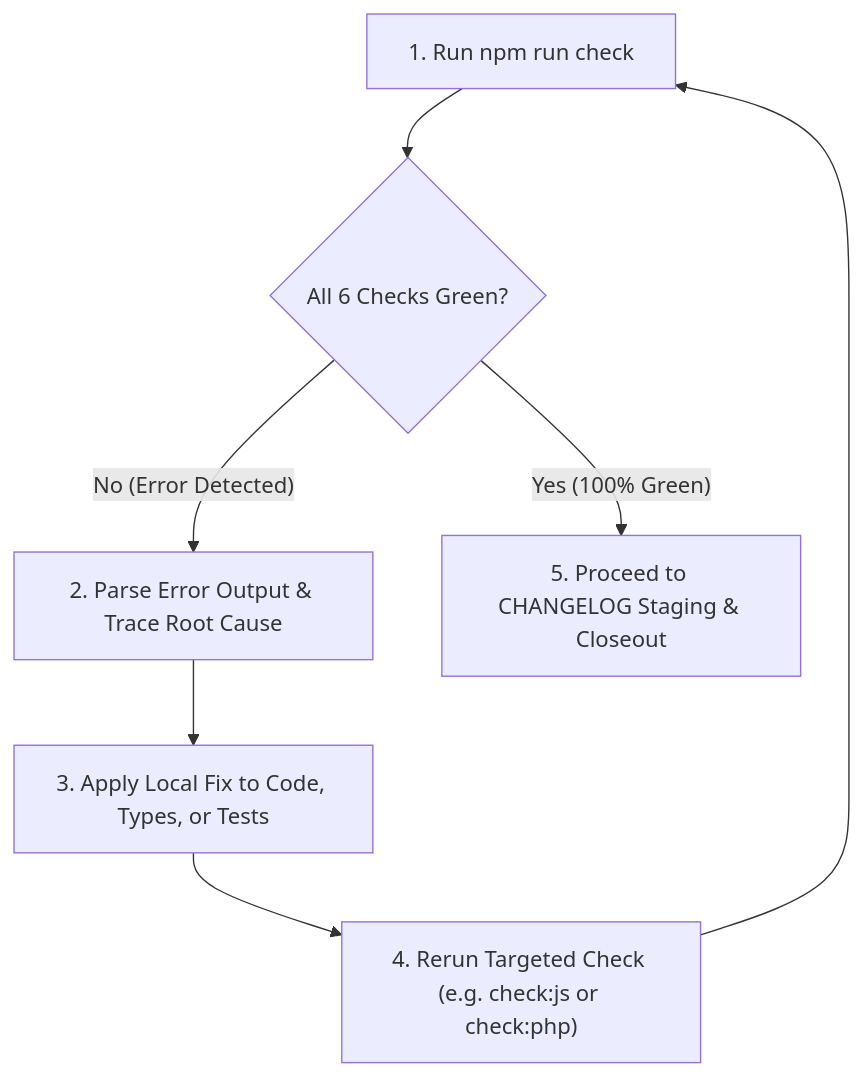
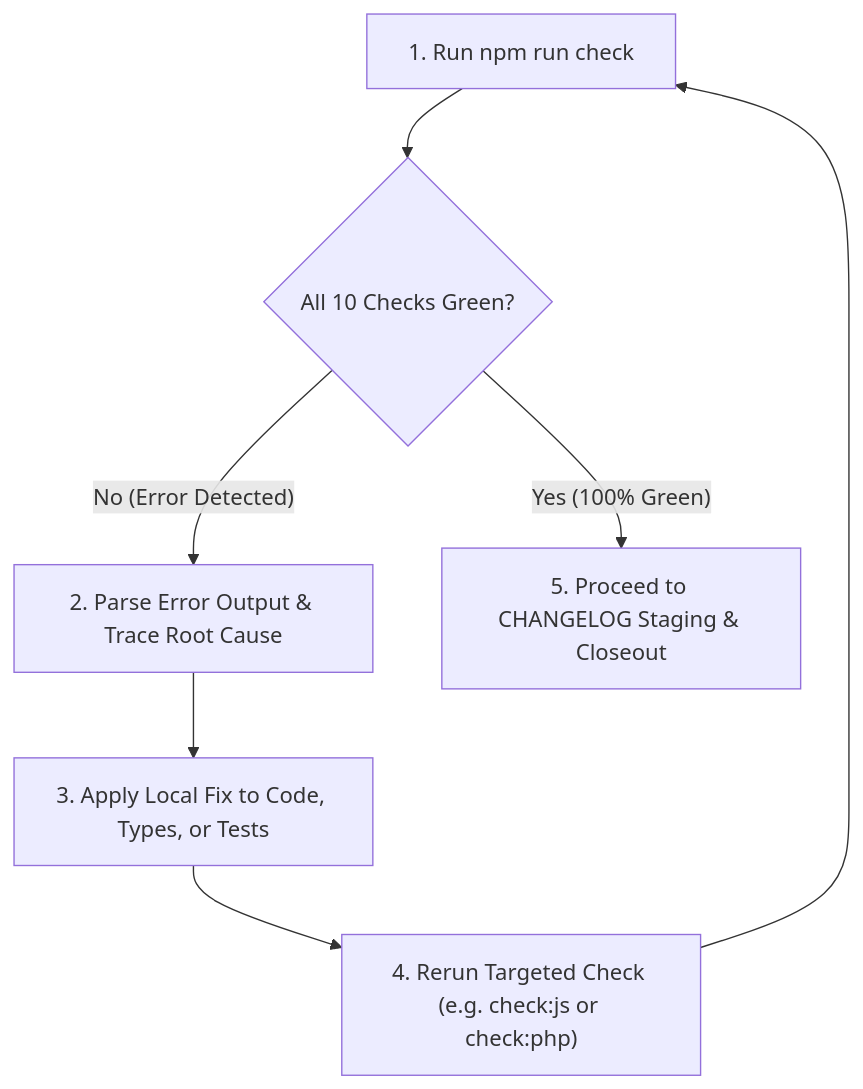
One commit to blackandcode/ai-ready-wp-plugin-boilerplate changed the diagram in .cursor/rules/local-quality-gate.mdc. Above: the diagram before and after it, drawn with Mermaid. The commit also changed other lines of this file and 44 other files, not shown here.

Commit message:
Fixed GitHub Actions CI asset externalization test failure by compiling frontend assets before npm run test in _release-readiness.yml and making tests/node/release/asset-externalization.test.mjs self-healing

````diff
--- a/.cursor/rules/local-quality-gate.mdc
+++ b/.cursor/rules/local-quality-gate.mdc
@@ -39,9 +43,9 @@
 ```mermaid
 flowchart TD
-    RunGate["1. Run npm run check"] --> CheckPassed{"All 6 Checks Green?"}
+    RunGate["1. Run npm run check"] --> CheckPassed{"All 10 Checks Green?"}
     CheckPassed -->|"No (Error Detected)"| ParseError["2. Parse Error Output & Trace Root Cause"]
     ParseError --> AutoFix["3. Apply Local Fix to Code, Types, or Tests"]
     AutoFix --> TargetedCheck["4. Rerun Targeted Check (e.g. check:js or check:php)"]
     TargetedCheck --> RunGate
     CheckPassed -->|"Yes (100% Green)"| Closeout["5. Proceed to CHANGELOG Staging & Closeout"]
 ```
````
